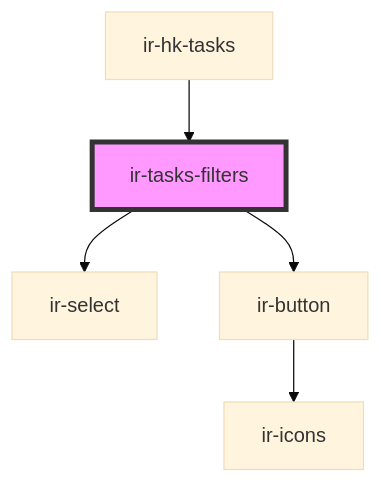
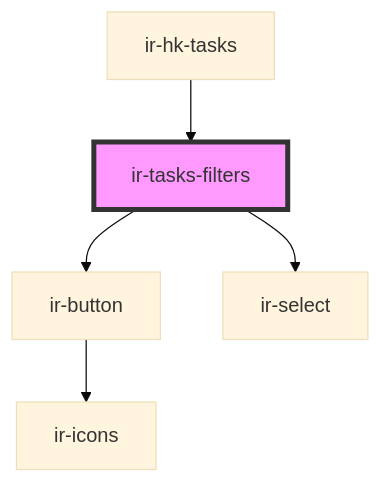
One commit to David1Chowaifaty/modified-ir-webcmp changed the diagram in src/components/ir-housekeeping/ir-hk-tasks/ir-tasks-filters/readme.md. Above: the diagram before and after it, drawn with Mermaid (base theme). The commit also changed other lines of this file and 10 other files, not shown here.

````diff
--- a/src/components/ir-housekeeping/ir-hk-tasks/ir-tasks-filters/readme.md
+++ b/src/components/ir-housekeeping/ir-hk-tasks/ir-tasks-filters/readme.md
@@ -28,8 +28,8 @@
 ```mermaid
 graph TD;
+  ir-tasks-filters --> ir-button
   ir-tasks-filters --> ir-select
-  ir-tasks-filters --> ir-button
   ir-button --> ir-icons
   ir-hk-tasks --> ir-tasks-filters
   style ir-tasks-filters fill:#f9f,stroke:#333,stroke-width:4px
 ```
````
